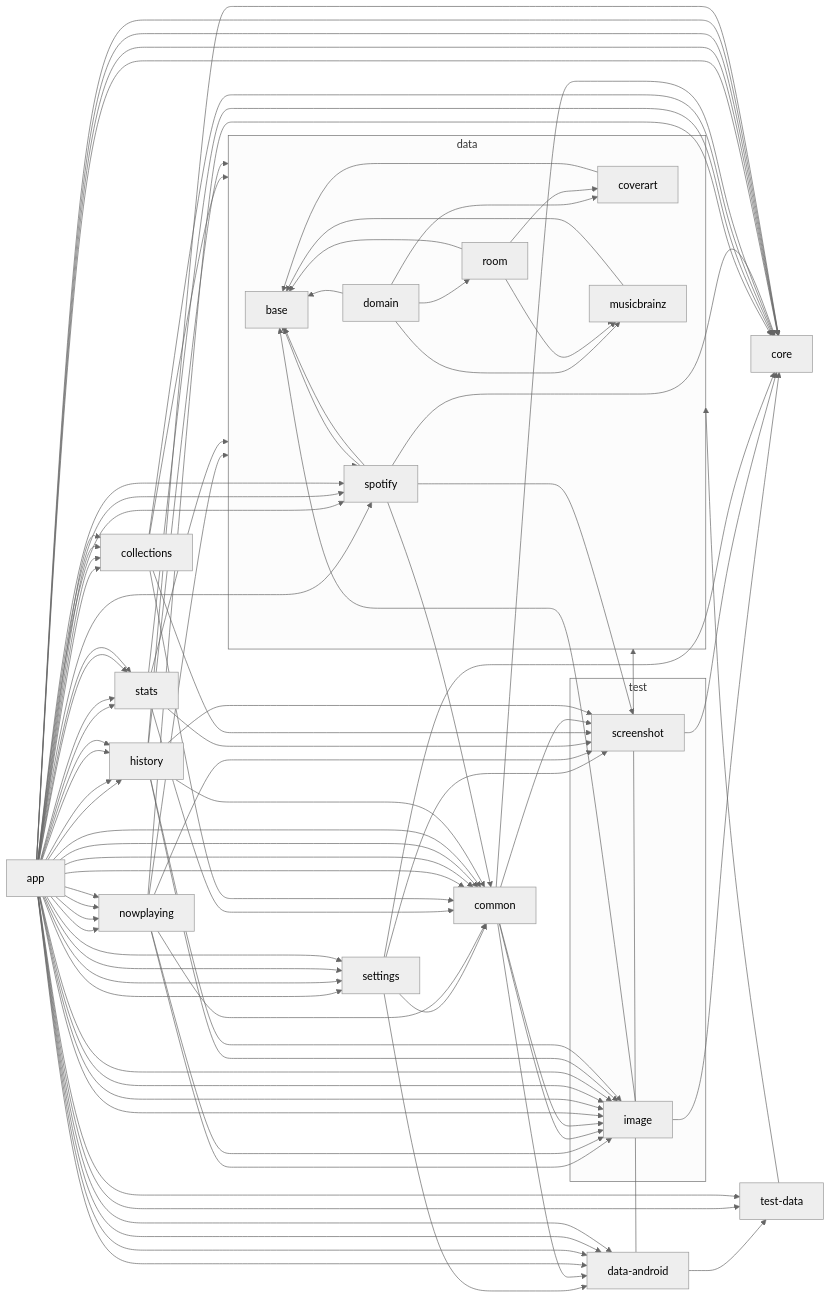
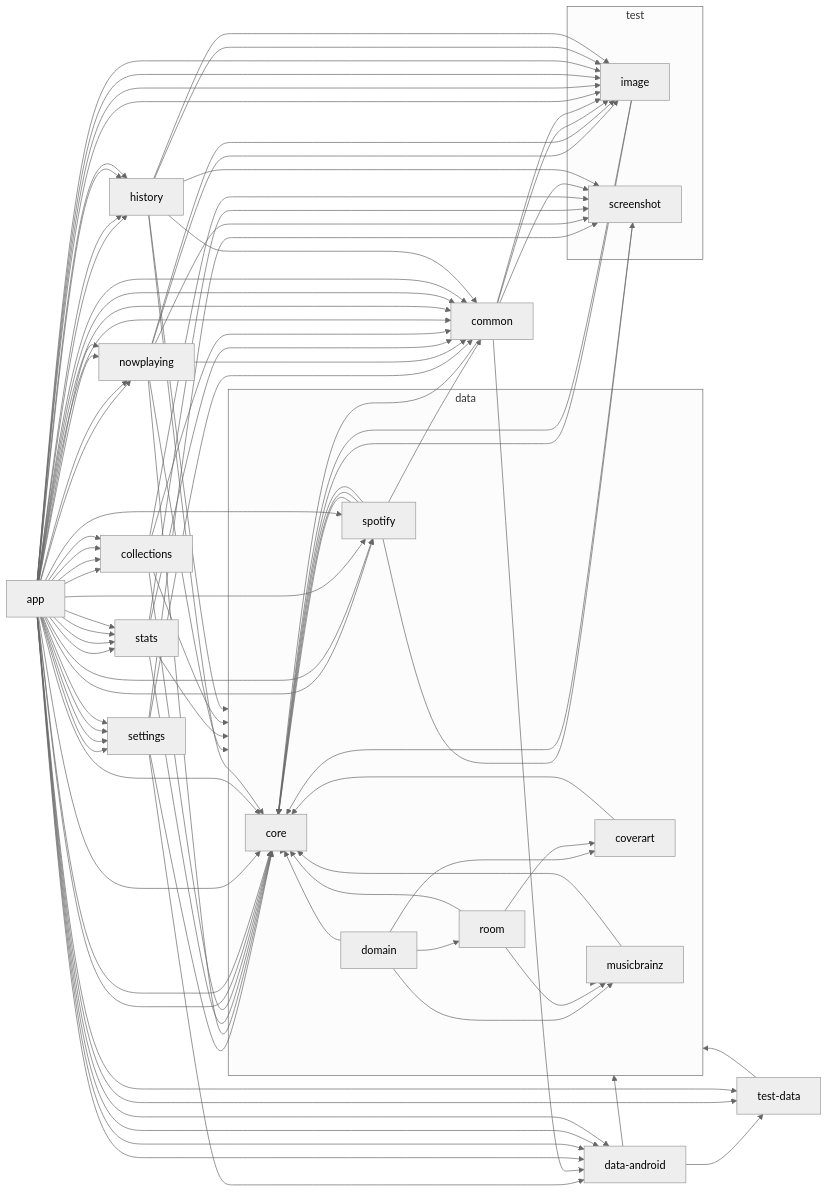
Before and after one commit to lydavid/MusicSearch: the diagram in README.md, drawn with Mermaid. The commit also changed 59 other files, not shown here.

Commit message:
chore: rename :data:base to :data:core

```diff
--- a/README.md
+++ b/README.md
@@ -51,7 +51,7 @@
 graph LR
 
   subgraph data
-    base
+    core
     coverart
     domain
     musicbrainz
@@ -63,16 +63,16 @@
     image
     screenshot
   end
-  domain --> base
+  domain --> core
   domain --> coverart
   domain --> musicbrainz
   domain --> room
-  room --> base
+  room --> core
   room --> coverart
   room --> musicbrainz
-  image --> base
   image --> core
-  data --> base
+  image --> core
+  data --> core
   data --> coverart
   data --> domain
   data --> room
@@ -96,8 +96,8 @@
   stats --> common
   stats --> core
   stats --> screenshot
-  musicbrainz --> base
-  spotify --> base
+  musicbrainz --> core
+  spotify --> core
   collections --> data
   collections --> common
   collections --> core
@@ -107,7 +107,7 @@
   common --> image
   common --> image
   common --> screenshot
-  spotify --> base
+  spotify --> core
   spotify --> core
   spotify --> common
   spotify --> screenshot
@@ -153,7 +153,7 @@
   app --> spotify
   app --> stats
   app --> test-data
-  coverart --> base
+  coverart --> core
   history --> data
   history --> common
   history --> core
```
